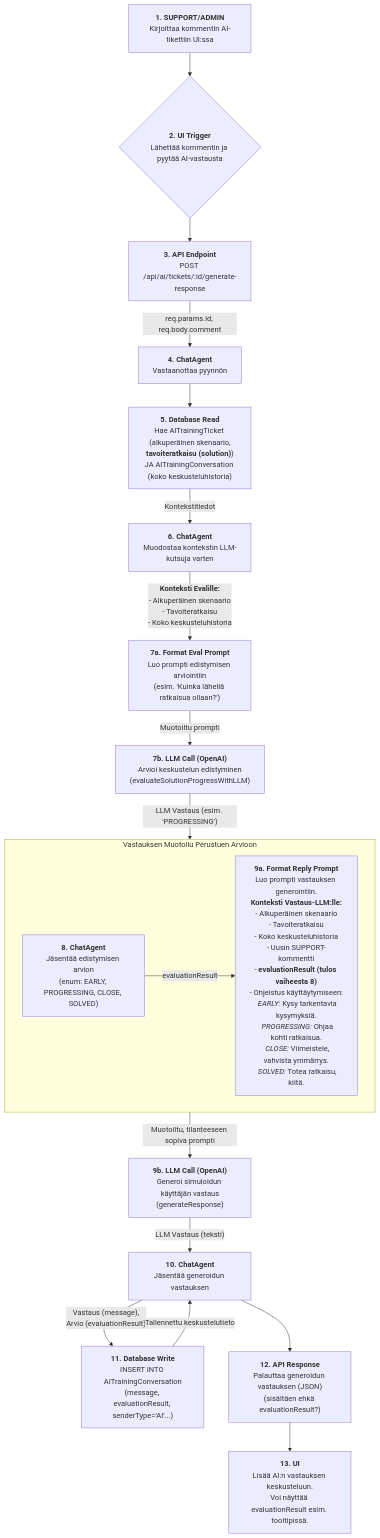
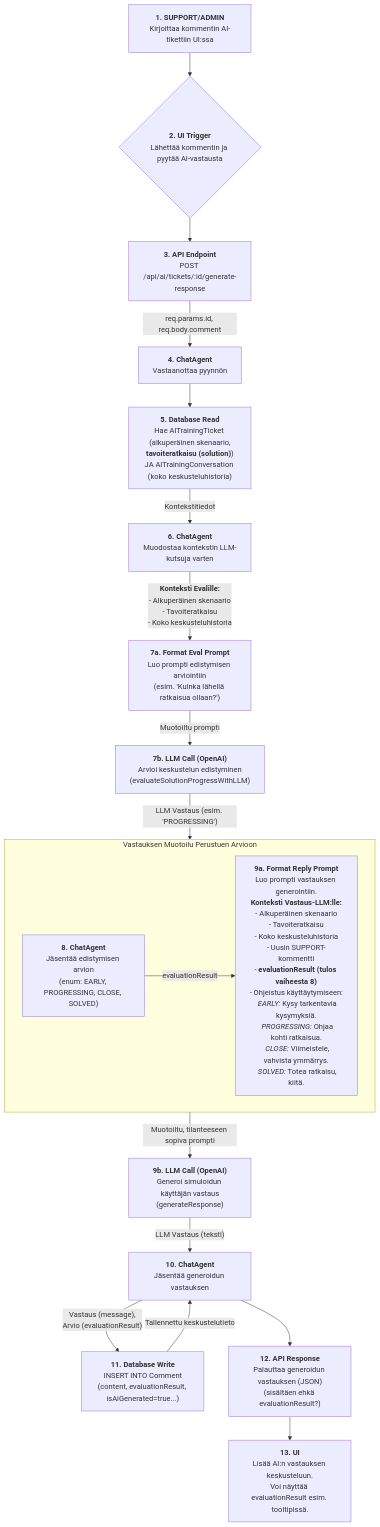
The second of 6 diagrams in new_docs/ai-agents/index.md (esedu-tivi/esedu-tiketti), drawn with Mermaid before and after one commit. The commit also changed other lines of this file and 92 other files, not shown here.

````diff
--- a/new_docs/ai-agents/index.md
+++ b/new_docs/ai-agents/index.md
@@ -52,21 +53,21 @@
 ```mermaid
 graph TD
     A["<b>1. SUPPORT/ADMIN</b><br/>Kirjoittaa kommentin AI-tikettiin UI:ssa"] --> B{"<b>2. UI Trigger</b><br/>Lähettää kommentin ja pyytää AI-vastausta"};
     B --> C["<b>3. API Endpoint</b><br/>POST /api/ai/tickets/:id/generate-response"];
     C -- "req.params.id, req.body.comment" --> D["<b>4. ChatAgent</b><br/>Vastaanottaa pyynnön"];
     D --> D1["<b>5. Database Read</b><br/>Hae AITrainingTicket (alkuperäinen skenaario,<br/><b>tavoiteratkaisu (solution)</b>)<br/>JA AITrainingConversation (koko keskusteluhistoria)"];
     D1 -- "Kontekstitiedot" --> D2["<b>6. ChatAgent</b><br/>Muodostaa kontekstin LLM-kutsuja varten"];
     D2 -- "<b>Konteksti Evalille:</b><br/>- Alkuperäinen skenaario<br/>- Tavoiteratkaisu<br/>- Koko keskusteluhistoria" --> E1["<b>7a. Format Eval Prompt</b><br/>Luo prompti edistymisen arviointiin<br/>(esim. 'Kuinka lähellä ratkaisua ollaan?')"];
     E1 -- "Muotoiltu prompti" --> E2["<b>7b. LLM Call (OpenAI)</b><br/>Arvioi keskustelun edistyminen<br/>(evaluateSolutionProgressWithLLM)"];
     E2 -- "LLM Vastaus (esim. 'PROGRESSING')" --> D3["<b>8. ChatAgent</b><br/>Jäsentää edistymisen arvion<br/>(enum: EARLY, PROGRESSING, CLOSE, SOLVED)"];
     subgraph "Vastauksen Muotoilu Perustuen Arvioon"
         direction LR
         D3 -- "evaluationResult" --> F1["<b>9a. Format Reply Prompt</b><br/>Luo prompti vastauksen generointiin.<br/><b>Konteksti Vastaus-LLM:lle:</b><br/>- Alkuperäinen skenaario<br/>- Tavoiteratkaisu<br/>- Koko keskusteluhistoria<br/>- Uusin SUPPORT-kommentti<br/>- <b>evaluationResult (tulos vaiheesta 8)</b><br/>- Ohjeistus käyttäytymiseen:<br/>  <i>EARLY:</i> Kysy tarkentavia kysymyksiä.<br/>  <i>PROGRESSING:</i> Ohjaa kohti ratkaisua.<br/>  <i>CLOSE:</i> Viimeistele, vahvista ymmärrys.<br/>  <i>SOLVED:</i> Totea ratkaisu, kiitä."];
     end
     F1 -- "Muotoiltu, tilanteeseen sopiva prompti" --> F2["<b>9b. LLM Call (OpenAI)</b><br/>Generoi simuloidun käyttäjän vastaus<br/>(generateResponse)"];
     F2 -- "LLM Vastaus (teksti)" --> G["<b>10. ChatAgent</b><br/>Jäsentää generoidun vastauksen"];
-    G -- "Vastaus (message),<br/>Arvio (evaluationResult)" --> H["<b>11. Database Write</b><br/>INSERT INTO AITrainingConversation<br/>(message, evaluationResult, senderType='AI'...)"];
+    G -- "Vastaus (message),<br/>Arvio (evaluationResult)" --> H["<b>11. Database Write</b><br/>INSERT INTO Comment<br/>(content, evaluationResult, isAiGenerated=true...)"];
     H -- "Tallennettu keskustelutieto" --> G;
     G --> I["<b>12. API Response</b><br/>Palauttaa generoidun vastauksen (JSON)<br/>(sisältäen ehkä evaluationResult?)"];
     I --> J["<b>13. UI</b><br/>Lisää AI:n vastauksen keskusteluun.<br/>Voi näyttää evaluationResult esim. tooltipissä."];
 ```
````
